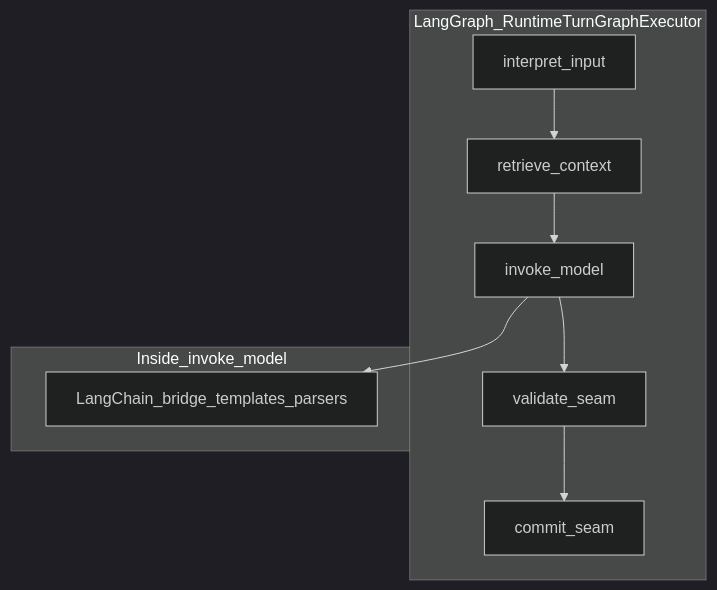
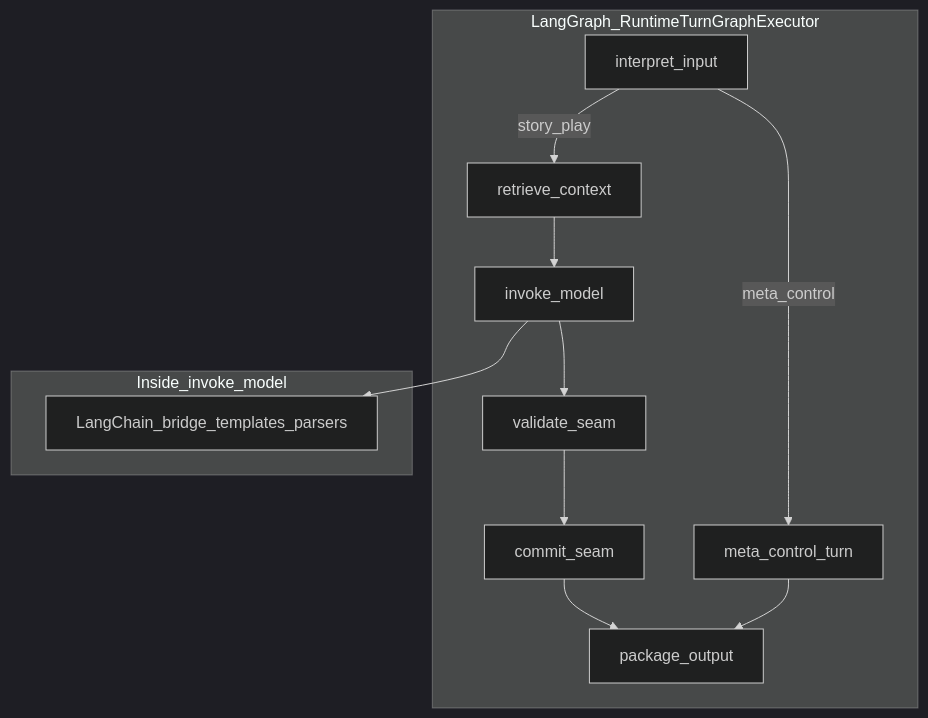
The fourth of 9 diagrams in docs/easy/ai_stack_system_explainer_easy.md (Held0fTheWelt/BLACKVEIN), drawn with Mermaid (dark theme) before and after one commit. The commit also changed other lines of this file and 24 other files, not shown here.

````diff
--- a/docs/easy/ai_stack_system_explainer_easy.md
+++ b/docs/easy/ai_stack_system_explainer_easy.md
@@ -230,15 +230,18 @@
 ```mermaid
 flowchart TB
   subgraph graph [LangGraph_RuntimeTurnGraphExecutor]
     N1[interpret_input]
+    MC[meta_control_turn]
     N2[retrieve_context]
     N3[invoke_model]
     N4[validate_seam]
     N5[commit_seam]
-    N1 --> N2 --> N3 --> N4 --> N5
+    P[package_output]
+    N1 -->|story_play| N2 --> N3 --> N4 --> N5 --> P
+    N1 -->|meta_control| MC --> P
   end
   subgraph lc [Inside_invoke_model]
     B[LangChain_bridge_templates_parsers]
   end
   N3 --> B
 ```
````
